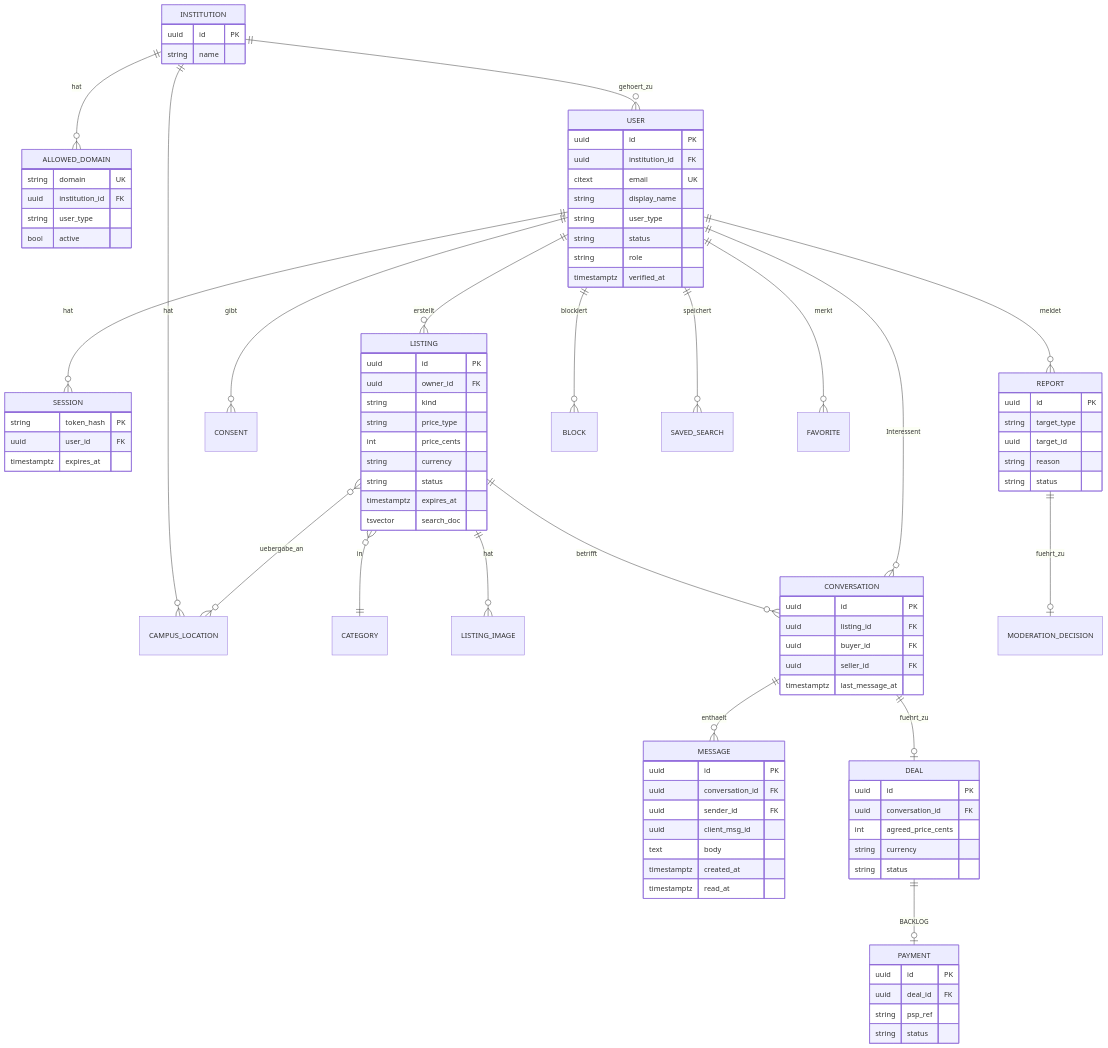
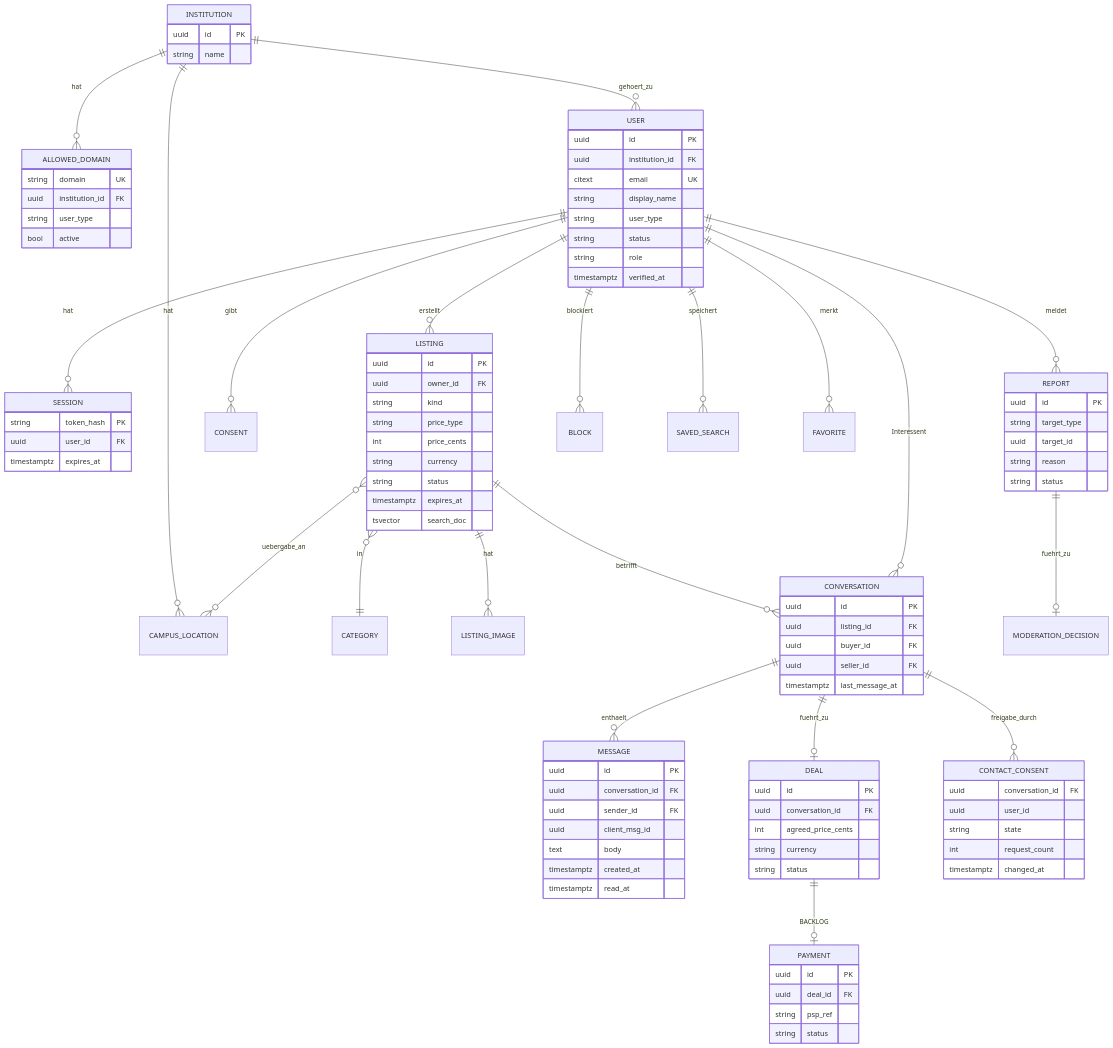
One commit to CaRo10Robert/SWeng_projekt2026 changed the sixth of 12 diagrams in docs/03-architektur/architektur.md. Above: the diagram before and after it, drawn with Mermaid. The commit also changed other lines of this file and 4 other files, not shown here.

First line of the commit message:
docs(architektur): Architektur auf das C4-Modell umgestellt (Mermaid-C4)

```diff
--- a/docs/03-architektur/architektur.md
+++ b/docs/03-architektur/architektur.md
@@ -215,6 +297,7 @@
     USER ||--o{ CONVERSATION : "Interessent"
     CONVERSATION ||--o{ MESSAGE : enthaelt
     CONVERSATION ||--o| DEAL : fuehrt_zu
+    CONVERSATION ||--o{ CONTACT_CONSENT : freigabe_durch
     DEAL ||--o| PAYMENT : "BACKLOG"
     USER ||--o{ REPORT : meldet
     REPORT ||--o| MODERATION_DECISION : fuehrt_zu
@@ -274,6 +357,13 @@
         timestamptz created_at
         timestamptz read_at
     }
+    CONTACT_CONSENT {
+        uuid conversation_id FK
+        uuid user_id
+        string state
+        int request_count
+        timestamptz changed_at
+    }
     DEAL {
         uuid id PK
         uuid conversation_id FK
```
